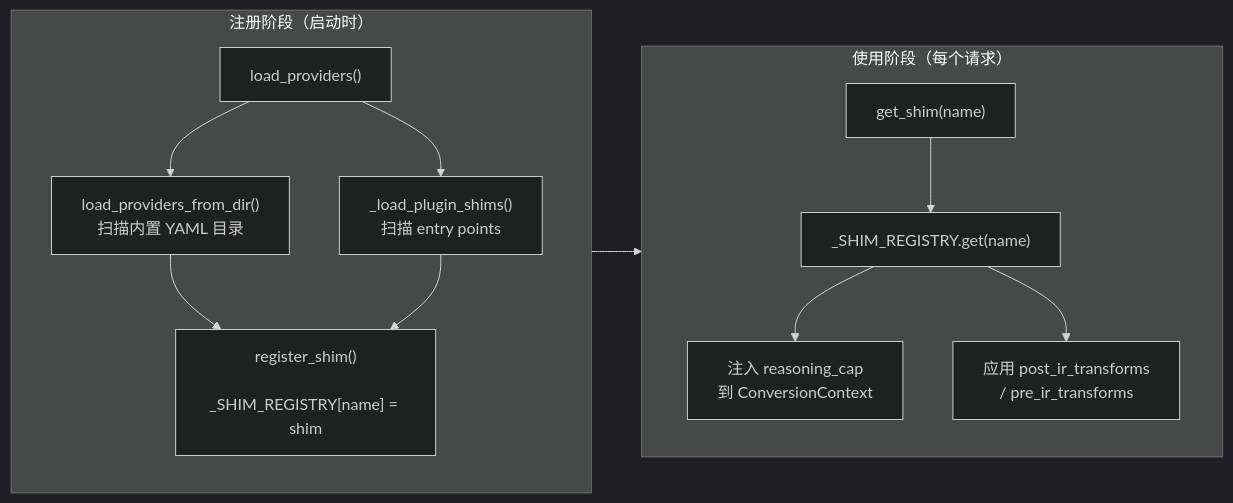
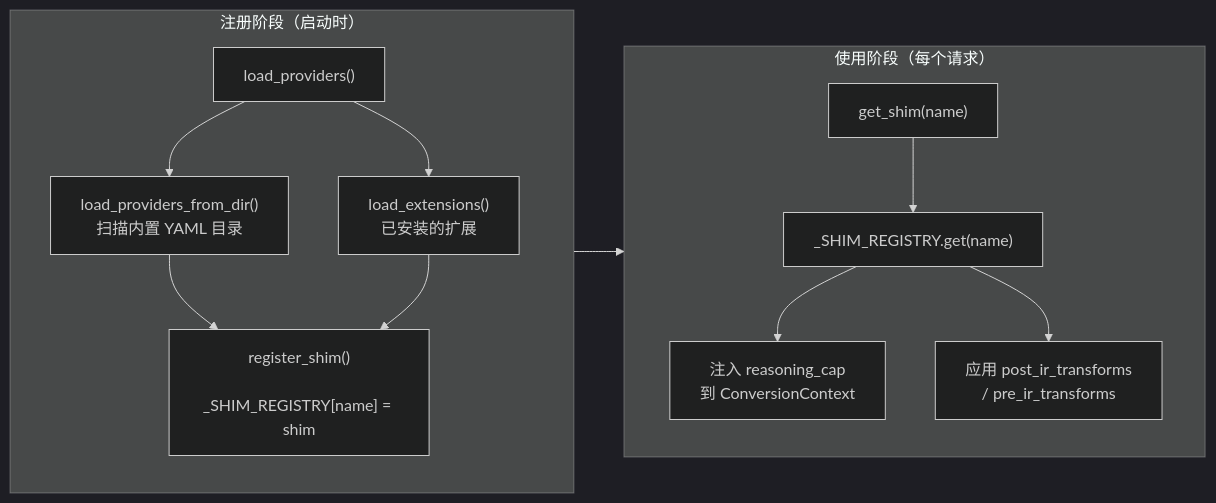
One commit to Oaklight/llm-rosetta changed the first of 2 diagrams in docs/guide/shims.md. Above: the diagram before and after it, drawn with Mermaid (dark theme). The commit also changed other lines of this file and 25 other files, not shown here.

````diff
--- a/docs/guide/shims.md
+++ b/docs/guide/shims.md
@@ -401,24 +382,24 @@
 ```mermaid
 flowchart LR
     subgraph 注册["注册阶段（启动时）"]
         direction TB
         A["load_providers()"] --> B["load_providers_from_dir()
         扫描内置 YAML 目录"]
-        A --> C["_load_plugin_shims()
-        扫描 entry points"]
+        A --> C["load_extensions()
+        已安装的扩展"]
         B --> D["register_shim()
         _SHIM_REGISTRY[name] = shim"]
         C --> D
     end
 
     subgraph 使用["使用阶段（每个请求）"]
         direction TB
         E["get_shim(name)"] --> F["_SHIM_REGISTRY.get(name)"]
         F --> G["注入 reasoning_cap
         到 ConversionContext"]
         F --> H["应用 post_ir_transforms
         / pre_ir_transforms"]
     end
 
     注册 --> 使用
 ```
````
